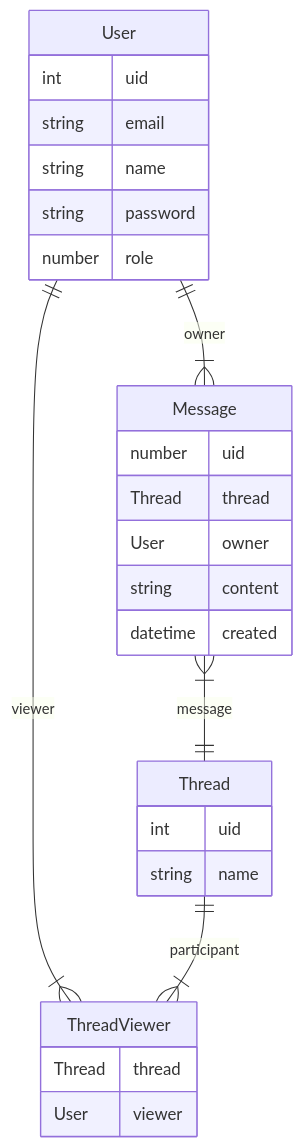
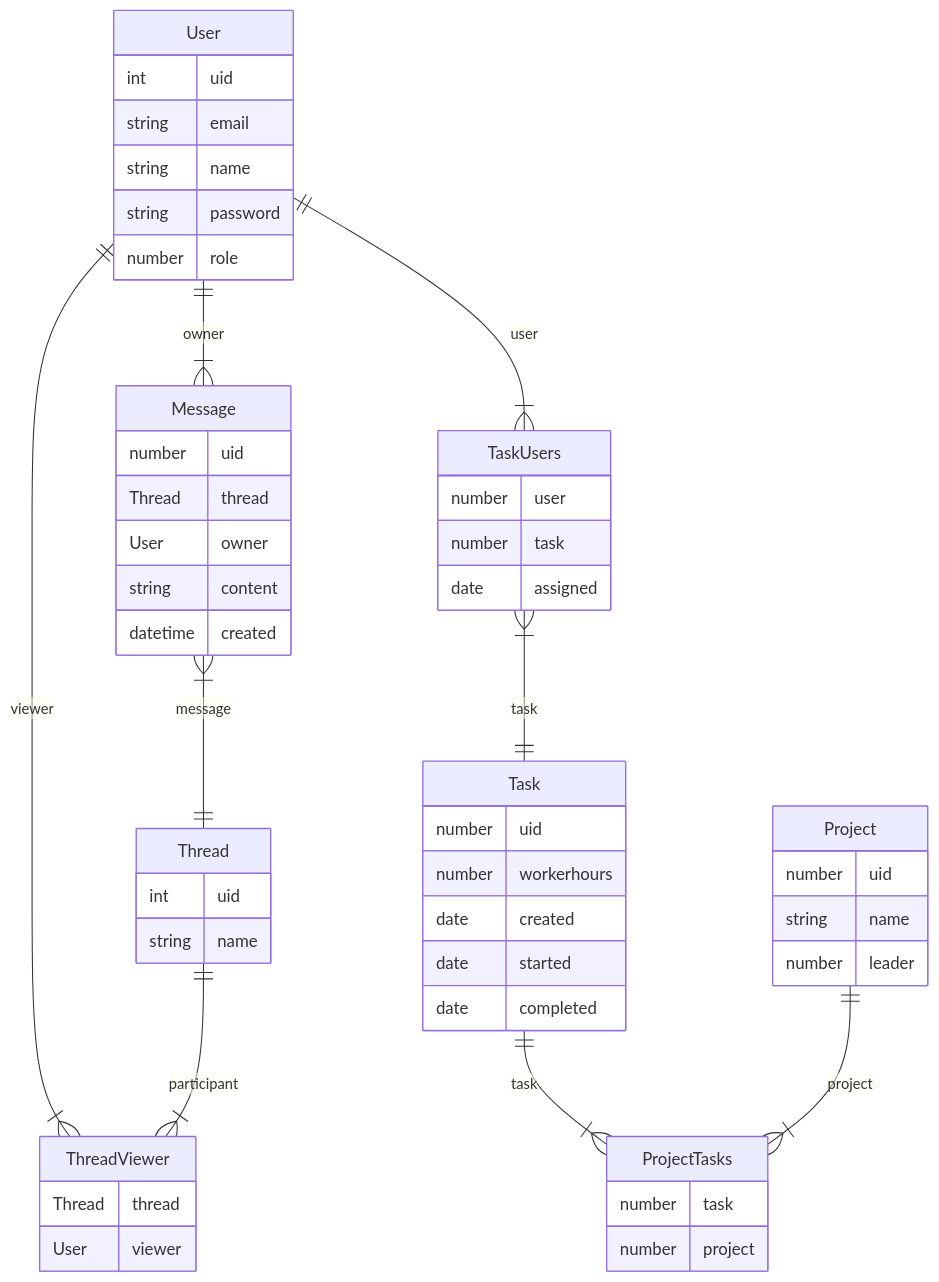
The diagram in design/schema.md (TWoolhouse/Slook), drawn with Mermaid before and after one commit.

Commit message:
finalised schema

````diff
--- a/design/schema.md
+++ b/design/schema.md
@@ -1,36 +1,66 @@
 ```mermaid
 erDiagram
 
 	Message }|--|| Thread : message
 
 	User ||--|{ Message : owner
 	User ||--|{ ThreadViewer : viewer
 	Thread ||--|{ ThreadViewer : participant
+
+	User ||--|{ TaskUsers : user
+	TaskUsers }|--|| Task : task
+	Task ||--|{ ProjectTasks : task
+	Project ||--|{ ProjectTasks : project
 
 	User {
 		int uid
 		string email
 		string name
 		string password
 		number role
 	}
 
 	Thread {
 		int uid
 		string name
 	}
 
 	Message {
 		number uid
 		Thread thread
 		User owner
 		string content
 		datetime created
 	}
 
 	ThreadViewer {
 		Thread thread
 		User viewer
 	}
 
+	Project {
+		number uid
+		string name
+		number leader
+	}
+
+	Task {
+		number uid
+		number workerhours
+		date created
+		date started
+		date completed
+	}
+
+	ProjectTasks {
+		number task
+		number project
+	}
+
+	TaskUsers {
+		number user
+		number task
+		date assigned
+	}
+
 ```
````
